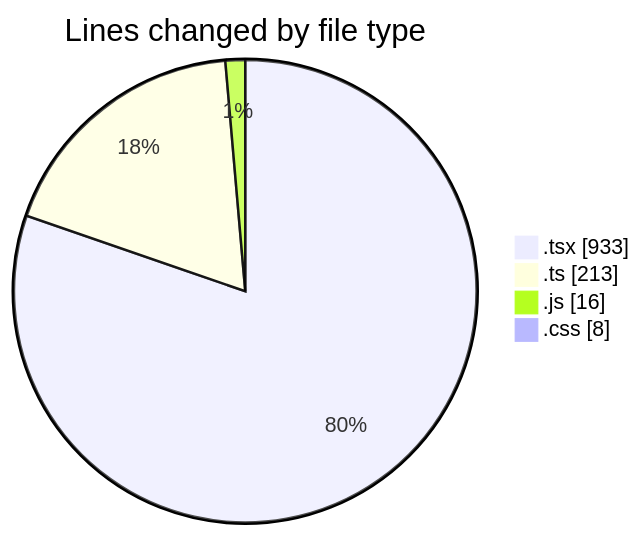
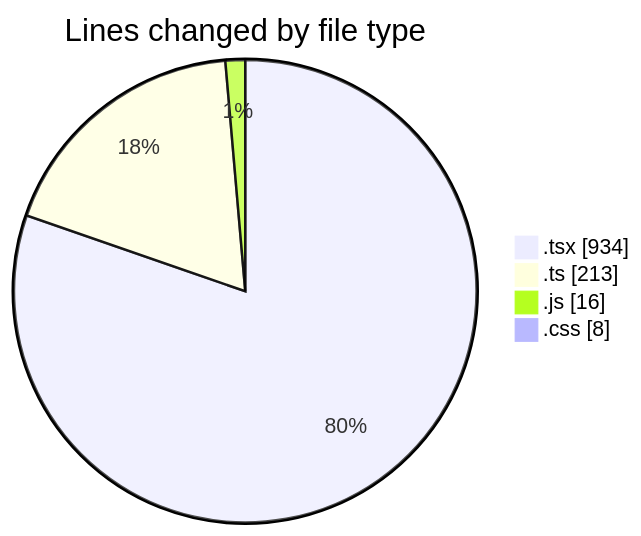
The first of 2 diagrams in 2025-01-17/mbc-web/README.md (robertbonfada/code-tracking), drawn with Mermaid before and after one commit. The commit also changed other lines of this file and 1 other file, not shown here.

````diff
--- a/2025-01-17/mbc-web/README.md
+++ b/2025-01-17/mbc-web/README.md
@@ -32,8 +32,8 @@
 ```mermaid
 pie showData
 title Lines changed by file type
-".tsx" : 933
+".tsx" : 934
 ".ts" : 213
 ".js" : 16
 ".css" : 8
 ```
````
